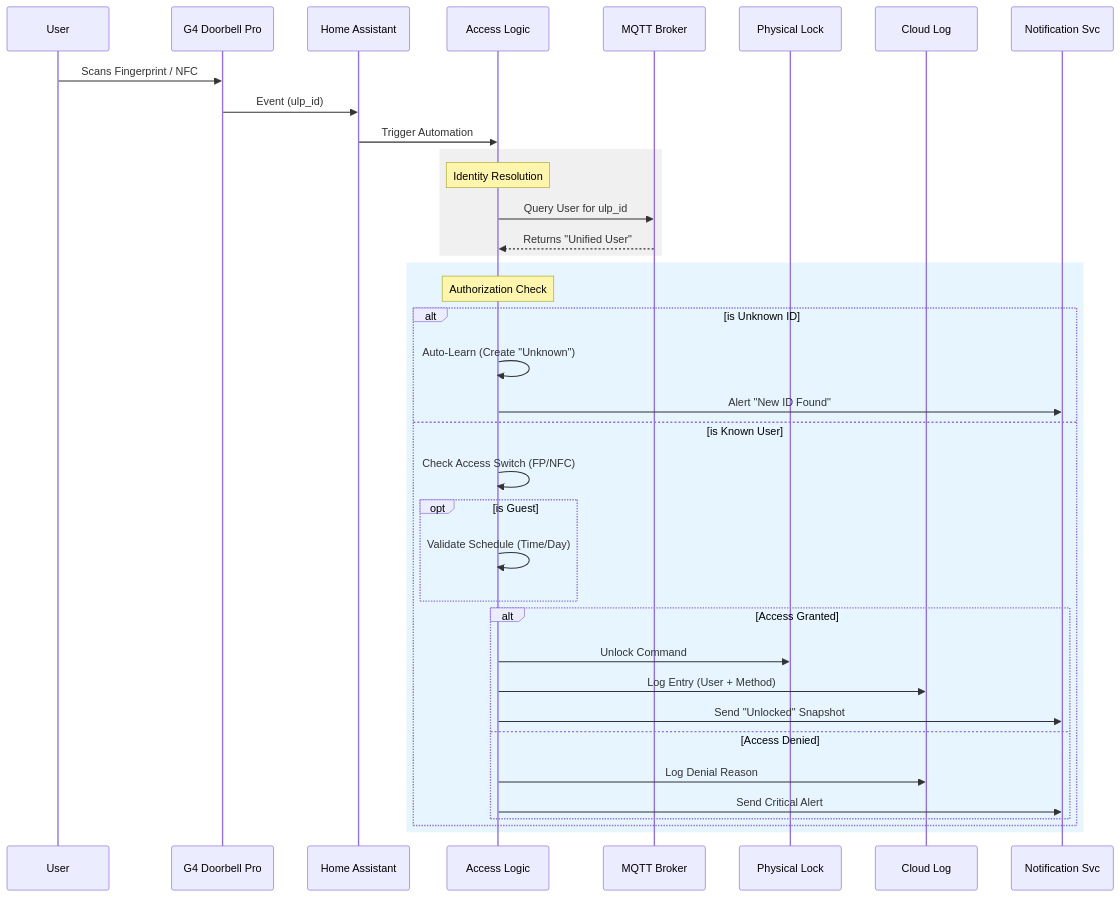
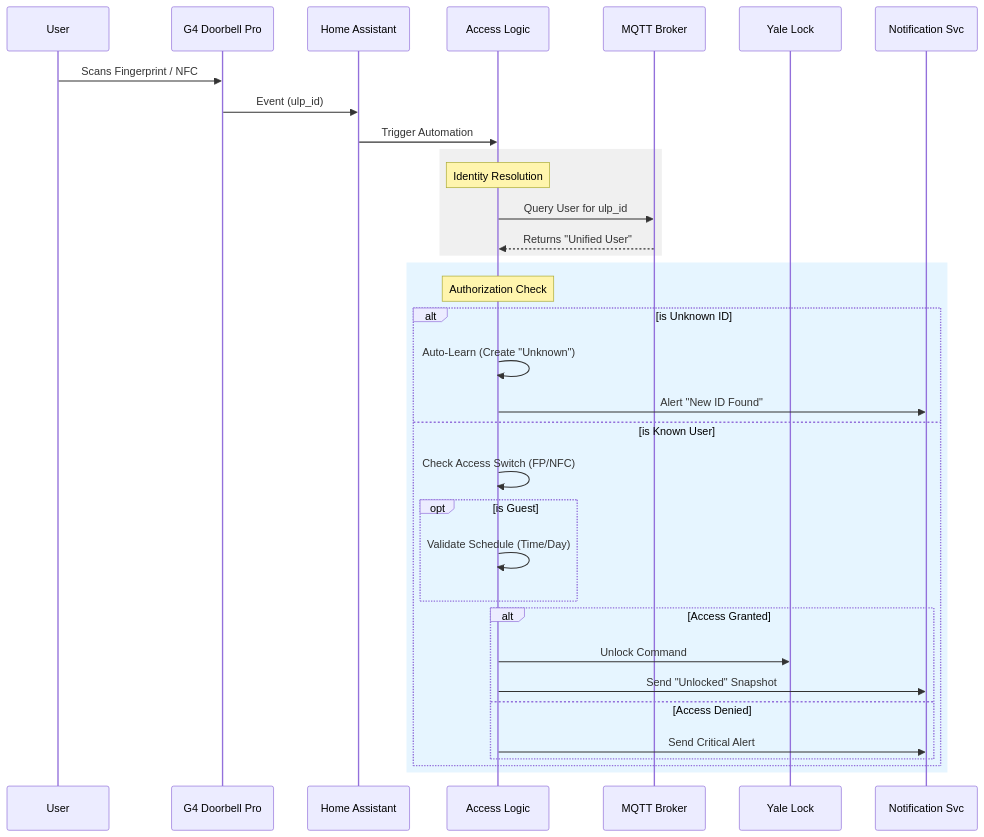
The diagram in docs/smart-home/packages/unifi_access.md (EvisHome/EvisHomeLab), drawn with Mermaid before and after one commit. The commit also changed other lines of this file, not shown here.

````diff
--- a/docs/smart-home/packages/unifi_access.md
+++ b/docs/smart-home/packages/unifi_access.md
@@ -55,43 +54,40 @@
 ```mermaid
 sequenceDiagram
     participant User
     participant G4 as G4 Doorbell Pro
     participant HA as Home Assistant
     participant Logic as Access Logic
     participant MQTT as MQTT Broker
-    participant Lock as Physical Lock
-    participant Log as Cloud Log
+    participant Lock as Yale Lock
     participant Notify as Notification Svc
 
     User->>G4: Scans Fingerprint / NFC
     G4->>HA: Event (ulp_id)
     HA->>Logic: Trigger Automation
     
     rect rgb(240, 240, 240)
         Note over Logic: Identity Resolution
         Logic->>MQTT: Query User for ulp_id
         MQTT-->>Logic: Returns "Unified User"
     end
 
     rect rgb(230, 245, 255)
         Note over Logic: Authorization Check
         alt is Unknown ID
             Logic->>Logic: Auto-Learn (Create "Unknown")
             Logic->>Notify: Alert "New ID Found"
         else is Known User
             Logic->>Logic: Check Access Switch (FP/NFC)
             opt is Guest
                 Logic->>Logic: Validate Schedule (Time/Day)
             end
             
             alt Access Granted
                 Logic->>Lock: Unlock Command
-                Logic->>Log: Log Entry (User + Method)
                 Logic->>Notify: Send "Unlocked" Snapshot
             else Access Denied
-                Logic->>Log: Log Denial Reason
                 Logic->>Notify: Send Critical Alert
             end
         end
     end
 ```
````
